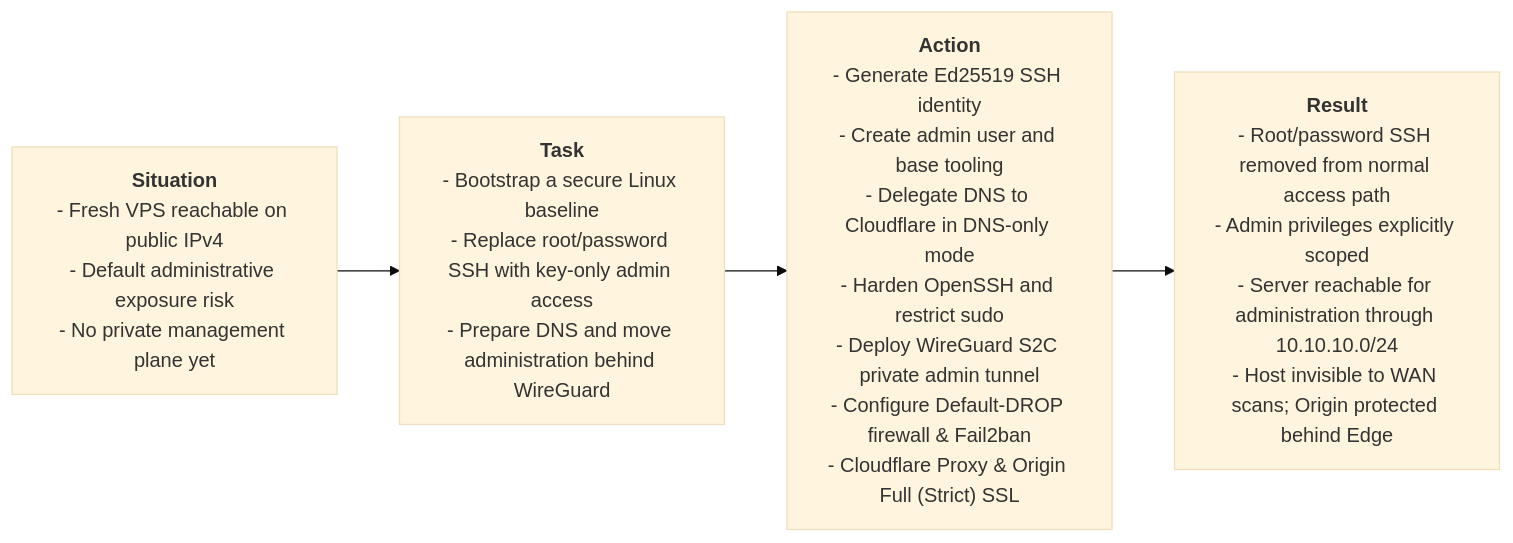
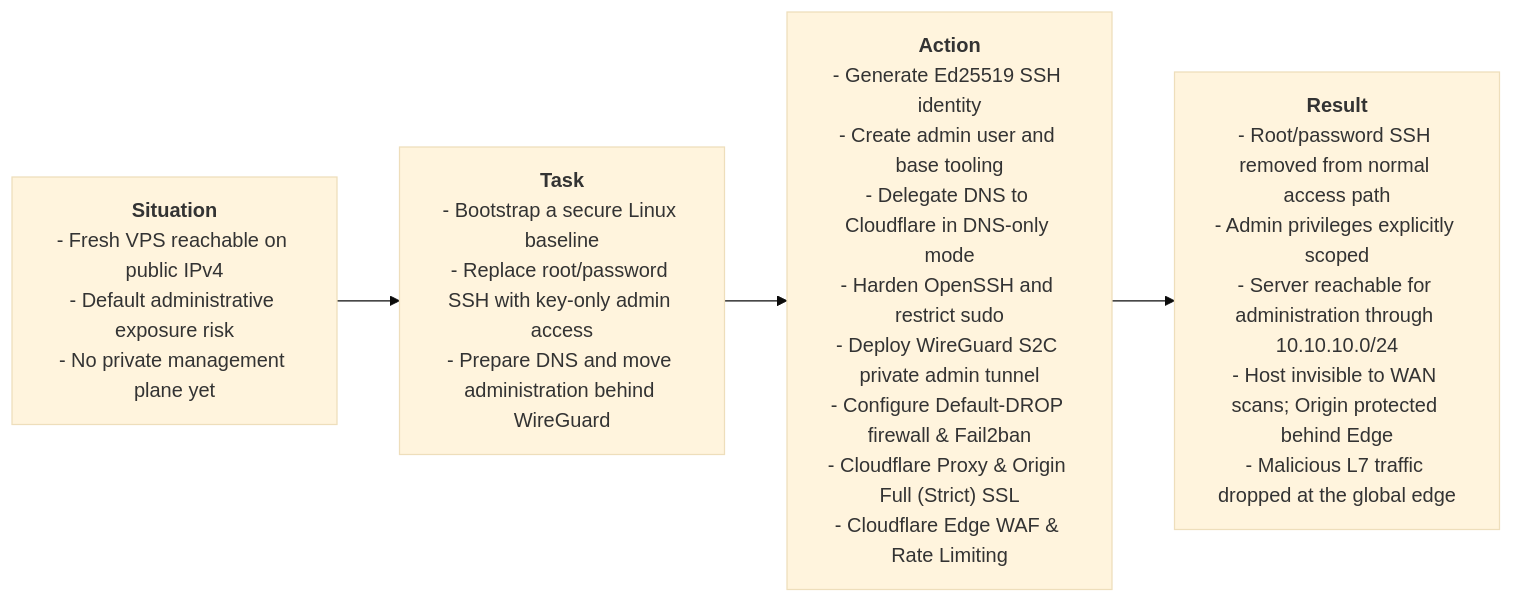
The diagram in cases/case-01-perimeter-foundation-and-zero-trust-admin/00-overview.md (gabzaf/zero-trust-vps-platform), drawn with Mermaid (base theme) before and after one commit. The commit also changed other lines of this file and 5 other files, not shown here.

````diff
--- a/cases/case-01-perimeter-foundation-and-zero-trust-admin/00-overview.md
+++ b/cases/case-01-perimeter-foundation-and-zero-trust-admin/00-overview.md
@@ -13,9 +13,9 @@
 ```mermaid
 flowchart LR
     S["<b>Situation</b><br/>- Fresh VPS reachable on public IPv4<br/>- Default administrative exposure risk<br/>- No private management plane yet"]
     T["<b>Task</b><br/>- Bootstrap a secure Linux baseline<br/>- Replace root/password SSH with key-only admin access<br/>- Prepare DNS and move administration behind WireGuard"]
-    A["<b>Action</b><br/>- Generate Ed25519 SSH identity<br/>- Create admin user and base tooling<br/>- Delegate DNS to Cloudflare in DNS-only mode<br/>- Harden OpenSSH and restrict sudo<br/>- Deploy WireGuard S2C private admin tunnel<br/>- Configure Default-DROP firewall & Fail2ban<br/>- Cloudflare Proxy & Origin Full (Strict) SSL"]
-    R["<b>Result</b><br/>- Root/password SSH removed from normal access path<br/>- Admin privileges explicitly scoped<br/>- Server reachable for administration through 10.10.10.0/24<br/>- Host invisible to WAN scans; Origin protected behind Edge"]
+    A["<b>Action</b><br/>- Generate Ed25519 SSH identity<br/>- Create admin user and base tooling<br/>- Delegate DNS to Cloudflare in DNS-only mode<br/>- Harden OpenSSH and restrict sudo<br/>- Deploy WireGuard S2C private admin tunnel<br/>- Configure Default-DROP firewall & Fail2ban<br/>- Cloudflare Proxy & Origin Full (Strict) SSL<br/>- Cloudflare Edge WAF & Rate Limiting"]
+    R["<b>Result</b><br/>- Root/password SSH removed from normal access path<br/>- Admin privileges explicitly scoped<br/>- Server reachable for administration through 10.10.10.0/24<br/>- Host invisible to WAN scans; Origin protected behind Edge<br/>- Malicious L7 traffic dropped at the global edge"]
 
     S --> T --> A --> R
 ```
````
